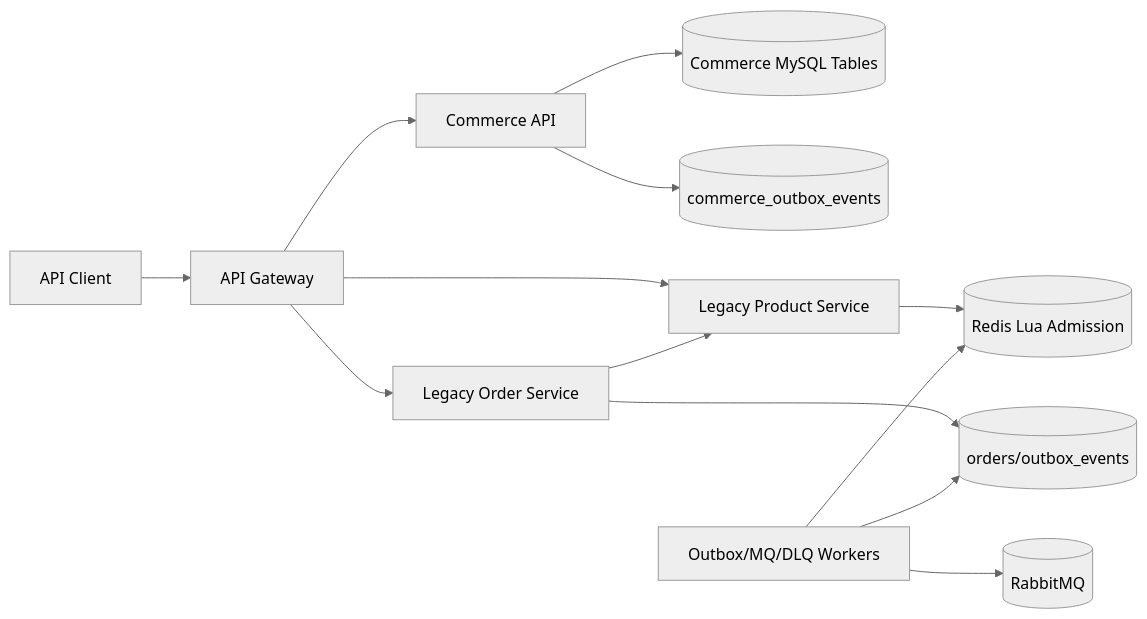
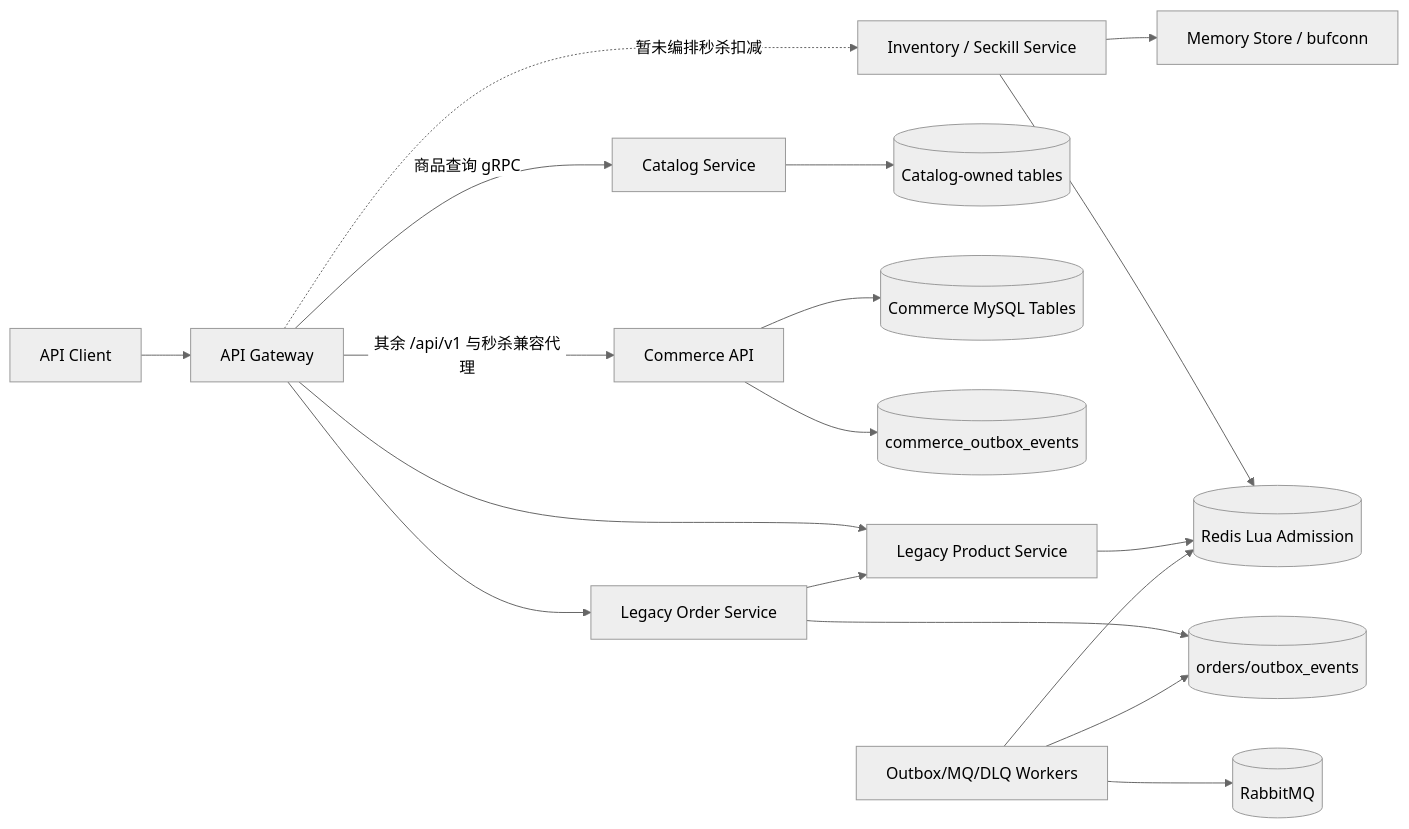
Before and after one commit to Kxa42/seckill-mall: the first of 3 diagrams in helloagents/wiki/arch.md, drawn with Mermaid (neutral theme). The commit also changed other lines of this file and 44 other files, not shown here.

Commit message:
feat: split catalog and inventory services

````diff
--- a/helloagents/wiki/arch.md
+++ b/helloagents/wiki/arch.md
@@ -7,16 +7,21 @@
 ```mermaid
 flowchart LR
     Client[API Client] --> Gateway[API Gateway]
-    Gateway --> Commerce[Commerce API]
+    Gateway -->|商品查询 gRPC| Catalog[Catalog Service]
+    Gateway -->|其余 /api/v1 与秒杀兼容代理| Commerce[Commerce API]
+    Gateway -.->|暂未编排秒杀扣减| Inventory[Inventory / Seckill Service]
+    Catalog --> CatalogDB[(Catalog-owned tables)]
+    Inventory --> Redis[(Redis Lua)]
+    Inventory --> InventoryMemory[Memory Store / bufconn]
     Commerce --> CommerceDB[(Commerce MySQL Tables)]
     Commerce --> CommerceOutbox[(commerce_outbox_events)]
 
     Gateway --> LegacyOrder[Legacy Order Service]
     Gateway --> LegacyProduct[Legacy Product Service]
     LegacyOrder --> LegacyProduct
     LegacyOrder --> LegacyDB[(orders/outbox_events)]
     LegacyProduct --> Redis[(Redis Lua Admission)]
     LegacyWorker[Outbox/MQ/DLQ Workers] --> LegacyDB
     LegacyWorker --> RabbitMQ[(RabbitMQ)]
     LegacyWorker --> Redis
 ```
````
